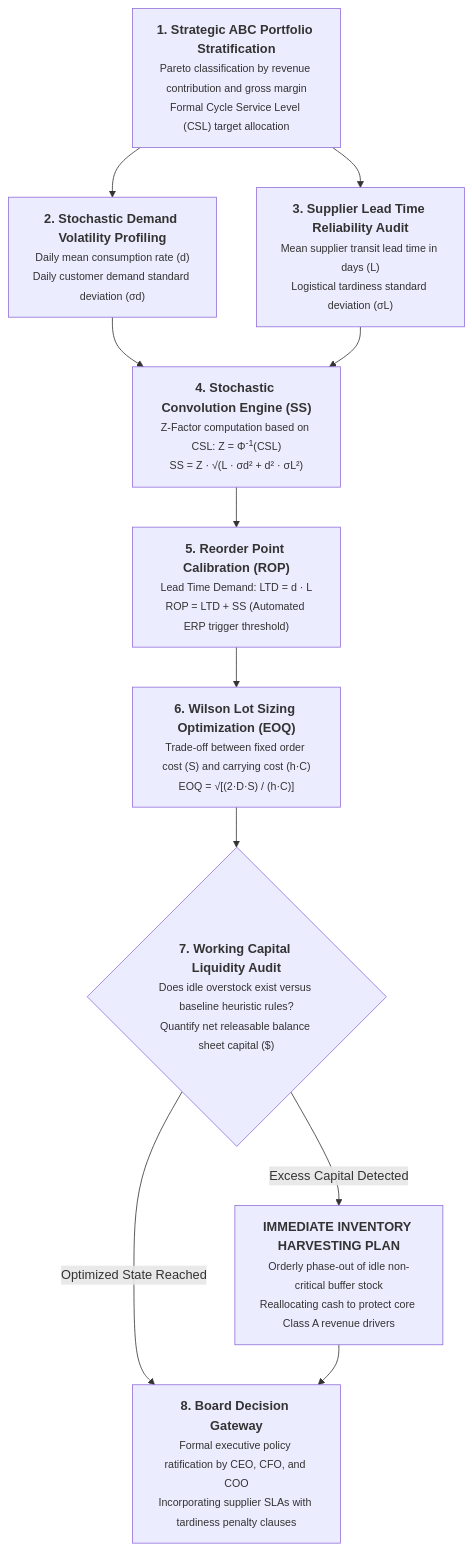
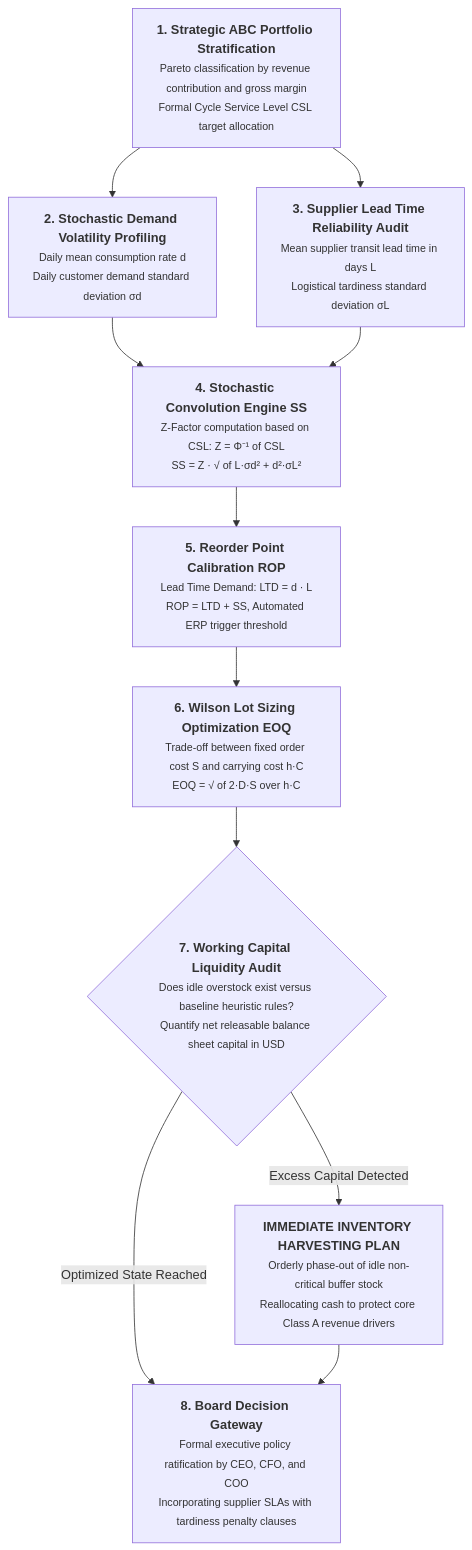
One commit to Dalaez/datalaria-website changed the second of 3 diagrams in content/en/posts/safety-stock-reorder-point-calculator/index.md. Above: the diagram before and after it, drawn with Mermaid. The commit also changed other lines of this file and 14 other files, not shown here.

```diff
--- a/content/en/posts/safety-stock-reorder-point-calculator/index.md
+++ b/content/en/posts/safety-stock-reorder-point-calculator/index.md
@@ -39,31 +137,31 @@
 {{< mermaid >}}
 flowchart TD
-    A["<b>1. Strategic ABC Portfolio Stratification</b><br/><small>Pareto classification by revenue contribution and gross margin<br/>Formal Cycle Service Level (CSL) target allocation</small>"]
+    A["<b>1. Strategic ABC Portfolio Stratification</b><br/><small>Pareto classification by revenue contribution and gross margin<br/>Formal Cycle Service Level CSL target allocation</small>"]
     
-    B["<b>2. Stochastic Demand Volatility Profiling</b><br/><small>Daily mean consumption rate (d)<br/>Daily customer demand standard deviation (σd)</small>"]
+    B["<b>2. Stochastic Demand Volatility Profiling</b><br/><small>Daily mean consumption rate d<br/>Daily customer demand standard deviation σd</small>"]
     
-    C["<b>3. Supplier Lead Time Reliability Audit</b><br/><small>Mean supplier transit lead time in days (L)<br/>Logistical tardiness standard deviation (σL)</small>"]
+    C["<b>3. Supplier Lead Time Reliability Audit</b><br/><small>Mean supplier transit lead time in days L<br/>Logistical tardiness standard deviation σL</small>"]
     
-    D["<b>4. Stochastic Convolution Engine (SS)</b><br/><small>Z-Factor computation based on CSL: Z = Φ<sup>-1</sup>(CSL)<br/>SS = Z · √(L · σd² + d² · σL²)</small>"]
+    D["<b>4. Stochastic Convolution Engine SS</b><br/><small>Z-Factor computation based on CSL: Z = Φ⁻¹ of CSL<br/>SS = Z · √ of L·σd² + d²·σL²</small>"]
     
-    E["<b>5. Reorder Point Calibration (ROP)</b><br/><small>Lead Time Demand: LTD = d · L<br/>ROP = LTD + SS (Automated ERP trigger threshold)</small>"]
+    E["<b>5. Reorder Point Calibration ROP</b><br/><small>Lead Time Demand: LTD = d · L<br/>ROP = LTD + SS, Automated ERP trigger threshold</small>"]
     
-    F["<b>6. Wilson Lot Sizing Optimization (EOQ)</b><br/><small>Trade-off between fixed order cost (S) and carrying cost (h·C)<br/>EOQ = √[(2·D·S) / (h·C)]</small>"]
+    F["<b>6. Wilson Lot Sizing Optimization EOQ</b><br/><small>Trade-off between fixed order cost S and carrying cost h·C<br/>EOQ = √ of 2·D·S over h·C</small>"]
     
-    G{"<b>7. Working Capital Liquidity Audit</b><br/><small>Does idle overstock exist versus baseline heuristic rules?<br/>Quantify net releasable balance sheet capital ($)</small>"}
+    G{"<b>7. Working Capital Liquidity Audit</b><br/><small>Does idle overstock exist versus baseline heuristic rules?<br/>Quantify net releasable balance sheet capital in USD</small>"}
     
     H["<b>IMMEDIATE INVENTORY HARVESTING PLAN</b><br/><small>Orderly phase-out of idle non-critical buffer stock<br/>Reallocating cash to protect core Class A revenue drivers</small>"]
     
     I["<b>8. Board Decision Gateway</b><br/><small>Formal executive policy ratification by CEO, CFO, and COO<br/>Incorporating supplier SLAs with tardiness penalty clauses</small>"]
 
     A --> B
     A --> C
     B --> D
     C --> D
     D --> E
     E --> F
     F --> G
-    G -->|Excess Capital Detected| H
-    G -->|Optimized State Reached| I
+    G -->|"Excess Capital Detected"| H
+    G -->|"Optimized State Reached"| I
     H --> I
 {{< /mermaid >}}
```
